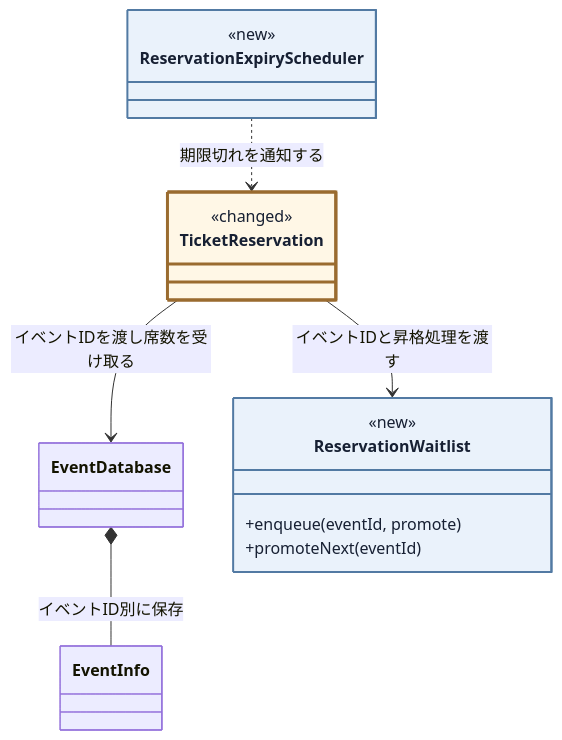
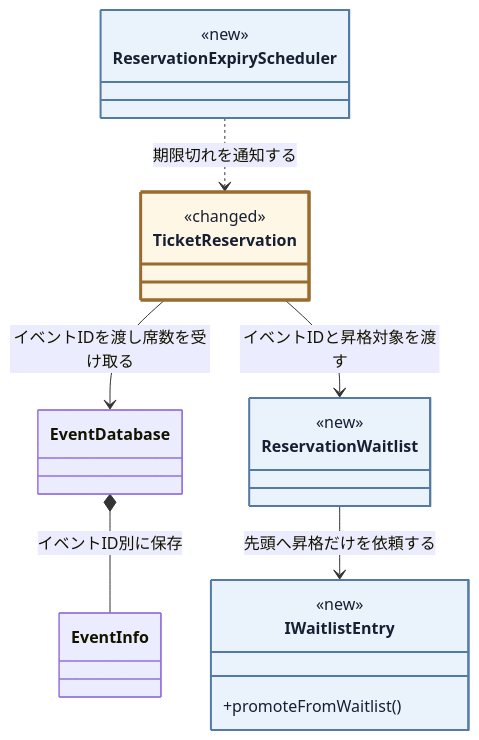
Before and after one commit to kumachan1101-pixel/DesignPattern: diagram 21 of 25 in kindle/design-patterns/books/volume01-core-patterns/output/04-chapter02.md, drawn with Mermaid. The commit also changed other lines of this file and 6 other files, not shown here.

````diff
--- a/kindle/design-patterns/books/volume01-core-patterns/output/04-chapter02.md
+++ b/kindle/design-patterns/books/volume01-core-patterns/output/04-chapter02.md
@@ -2075,24 +2120,28 @@
 ```mermaid
 classDiagram
     direction TB
     class TicketReservation:::touched {
         <<changed>>
     }
     class EventDatabase
     class EventInfo
+    class IWaitlistEntry:::added {
+        <<new>>
+        <<interface>>
+        +promoteFromWaitlist()
+    }
     class ReservationWaitlist:::added {
         <<new>>
-        +enqueue(eventId, promote)
-        +promoteNext(eventId)
     }
     class ReservationExpiryScheduler:::added {
         <<new>>
     }
     TicketReservation --> EventDatabase : イベントIDを渡し席数を受け取る
     EventDatabase *-- EventInfo : イベントID別に保存
-    TicketReservation --> ReservationWaitlist : イベントIDと昇格処理を渡す
+    TicketReservation --> ReservationWaitlist : イベントIDと昇格対象を渡す
+    ReservationWaitlist --> IWaitlistEntry : 先頭へ昇格だけを依頼する
     ReservationExpiryScheduler ..> TicketReservation : 期限切れを通知する
 
     classDef added fill:#eaf2fb,stroke:#527aa3,stroke-width:2px,color:#172033;
     classDef touched fill:#fff7e6,stroke:#9a6b2f,stroke-width:3px,color:#172033;
 ```
````
